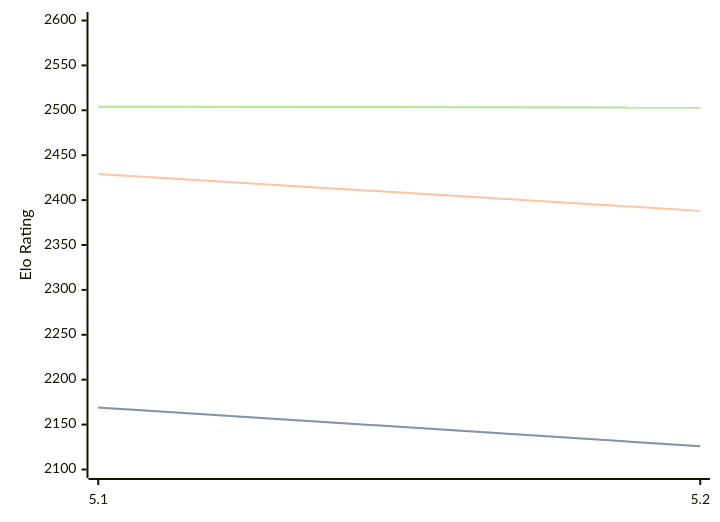
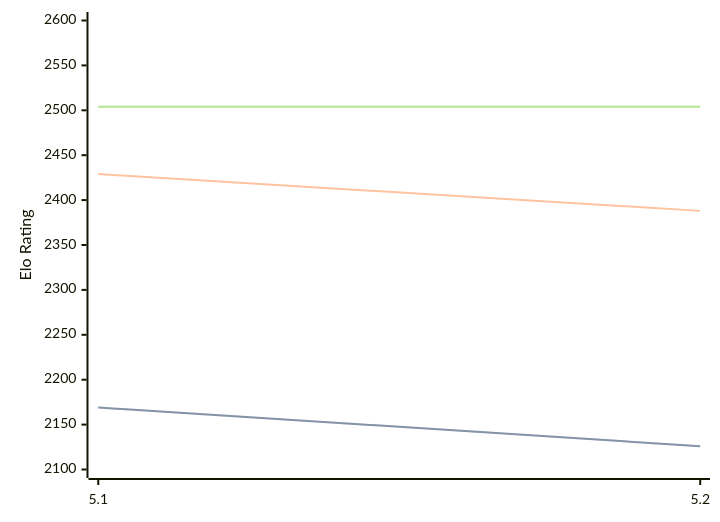
Before and after one commit to computer-chess-index/cci: the diagram in engines/Prophet.md, drawn with Mermaid. The commit also changed other lines of this file, not shown here.

Commit message:
Update CCI Ratings (ELO VLTC) - 2026-10-03

````diff
--- a/engines/Prophet.md
+++ b/engines/Prophet.md
@@ -32,11 +32,11 @@
 ```mermaid
 %%{init: {"theme":"base","themeVariables":{"seriesColors:['#a3a3a3','#222221','#faa371']}}}%%
 xychart-beta
   x-axis ["5.1", "5.2"]
   y-axis "Elo Rating" 2100 --> 2600
   line "" [2169, 2126]
   line "STC (8.0+0.08s)" [2169, 2126]
   line "LTC (60.0+0.60s)" [2429, 2388]
-  line "" [2504, 2503]
-  line "VLTC (2m24s+1.12s)" [2504, 2503]
+  line "" [2504, 2504]
+  line "VLTC (2m24s+1.12s)" [2504, 2504]
 ```
````
